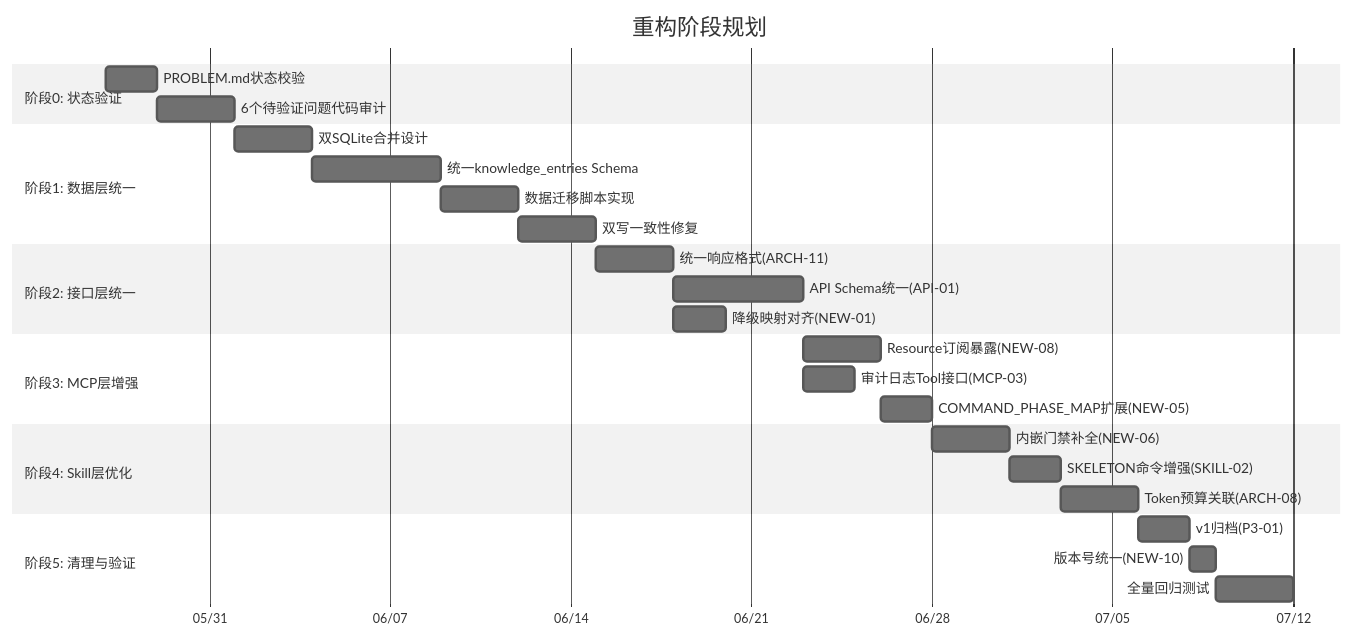
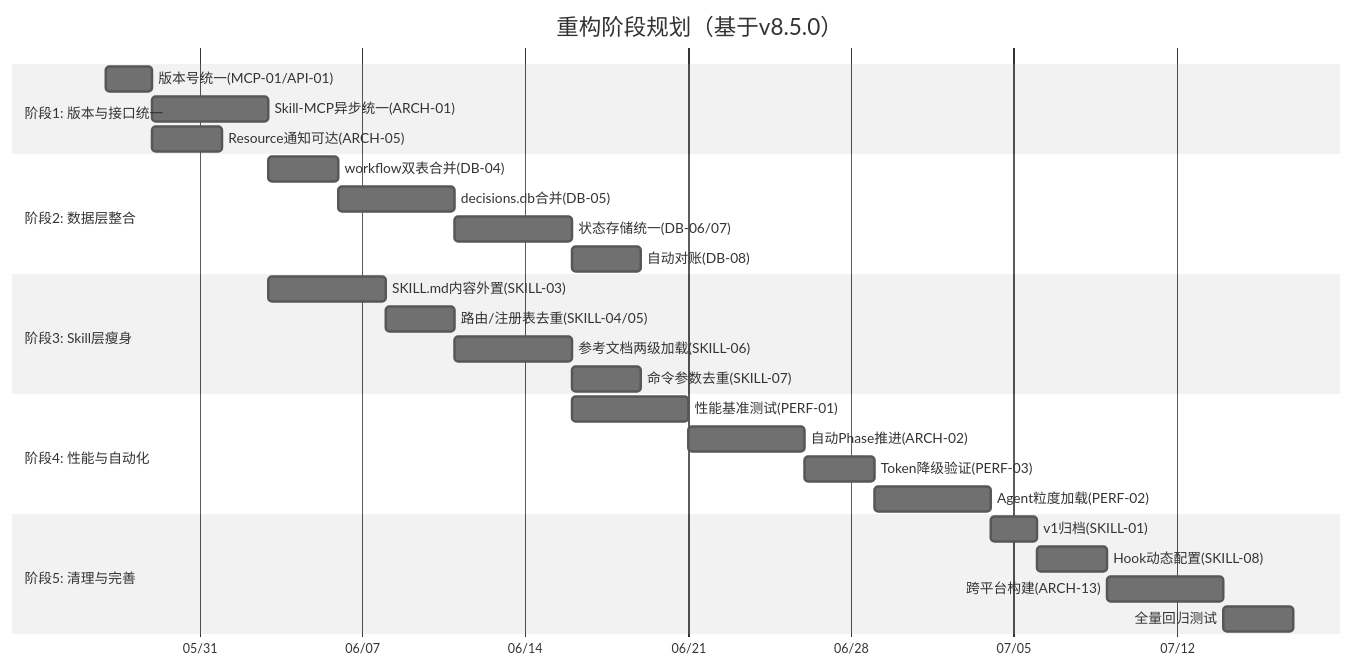
Before and after one commit to xuanyuanchumo/xuansto: the sixth of 12 diagrams in docs/plan/REFACTOR_PLAN.md, drawn with Mermaid (neutral theme). The commit also changed other lines of this file and 34 other files, not shown here.

````diff
--- a/docs/plan/REFACTOR_PLAN.md
+++ b/docs/plan/REFACTOR_PLAN.md
@@ -318,36 +359,35 @@
 ```mermaid
 gantt
-    title 重构阶段规划
+    title 重构阶段规划（基于v8.5.0）
     dateFormat YYYY-MM-DD
     axisFormat %m/%d
 
-    section 阶段0: 状态验证
-    PROBLEM.md状态校验           :p0a, 2026-05-27, 2d
-    6个待验证问题代码审计        :p0b, after p0a, 3d
+    section 阶段1: 版本与接口统一
+    版本号统一(MCP-01/API-01)     :p1a, 2026-05-27, 2d
+    Skill-MCP异步统一(ARCH-01)    :p1b, after p1a, 5d
+    Resource通知可达(ARCH-05)      :p1c, after p1a, 3d
 
-    section 阶段1: 数据层统一
-    双SQLite合并设计            :p1a, after p0b, 3d
-    统一knowledge_entries Schema :p1b, after p1a, 5d
-    数据迁移脚本实现            :p1c, after p1b, 3d
-    双写一致性修复              :p1d, after p1c, 3d
+    section 阶段2: 数据层整合
+    workflow双表合并(DB-04)        :p2a, after p1b, 3d
+    decisions.db合并(DB-05)        :p2b, after p2a, 5d
+    状态存储统一(DB-06/07)         :p2c, after p2b, 5d
+    自动对账(DB-08)                :p2d, after p2c, 3d
 
-    section 阶段2: 接口层统一
-    统一响应格式(ARCH-11)       :p2a, after p1d, 3d
-    API Schema统一(API-01)      :p2b, after p2a, 5d
-    降级映射对齐(NEW-01)        :p2c, after p2a, 2d
+    section 阶段3: Skill层瘦身
+    SKILL.md内容外置(SKILL-03)     :p3a, after p1b, 5d
+    路由/注册表去重(SKILL-04/05)   :p3b, after p3a, 3d
+    参考文档两级加载(SKILL-06)      :p3c, after p3b, 5d
+    命令参数去重(SKILL-07)          :p3d, after p3c, 3d
 
-    section 阶段3: MCP层增强
-    Resource订阅暴露(NEW-08)    :p3a, after p2b, 3d
-    审计日志Tool接口(MCP-03)    :p3b, after p2b, 2d
-    COMMAND_PHASE_MAP扩展(NEW-05):p3c, after p3a, 2d
+    section 阶段4: 性能与自动化
+    性能基准测试(PERF-01)          :p4a, after p3c, 5d
+    自动Phase推进(ARCH-02)         :p4b, after p4a, 5d
+    Token降级验证(PERF-03)         :p4c, after p4b, 3d
+    Agent粒度加载(PERF-02)         :p4d, after p4c, 5d
 
-    section 阶段4: Skill层优化
-    内嵌门禁补全(NEW-06)        :p4a, after p3c, 3d
-    SKELETON命令增强(SKILL-02)  :p4b, after p4a, 2d
-    Token预算关联(ARCH-08)      :p4c, after p4b, 3d
-
-    section 阶段5: 清理与验证
-    v1归档(P3-01)               :p5a, after p4c, 2d
-    版本号统一(NEW-10)          :p5b, after p5a, 1d
-    全量回归测试                :p5c, after p5b, 3d
+    section 阶段5: 清理与完善
+    v1归档(SKILL-01)               :p5a, after p4d, 2d
+    Hook动态配置(SKILL-08)         :p5b, after p5a, 3d
+    跨平台构建(ARCH-13)            :p5c, after p5b, 5d
+    全量回归测试                   :p5d, after p5c, 3d
 ```
````
